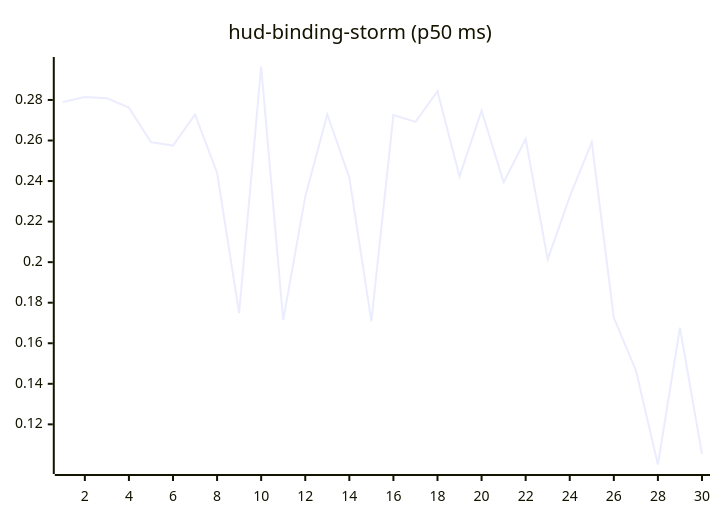
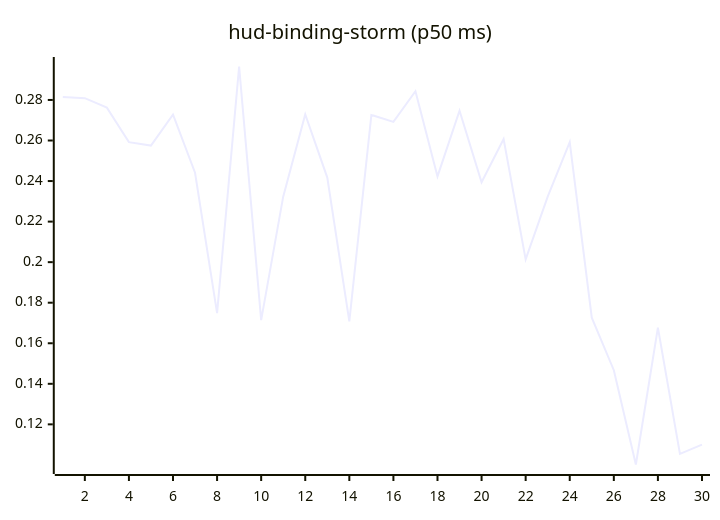
Before and after one commit to josha/Facet: the tenth of 27 diagrams in README.md, drawn with Mermaid. The commit also changed other lines of this file and 2 other files, not shown here.

````diff
--- a/README.md
+++ b/README.md
@@ -126,6 +126,6 @@
 ```mermaid
 xychart-beta
     title "hud-binding-storm (p50 ms)"
     x-axis 1 --> 30
-    line [0.2790, 0.2815, 0.2809, 0.2762, 0.2592, 0.2575, 0.2728, 0.2441, 0.1749, 0.2965, 0.1714, 0.2323, 0.2729, 0.2417, 0.1708, 0.2726, 0.2692, 0.2843, 0.2423, 0.2747, 0.2394, 0.2607, 0.2014, 0.2323, 0.2592, 0.1726, 0.1467, 0.1002, 0.1677, 0.1054]
+    line [0.2815, 0.2809, 0.2762, 0.2592, 0.2575, 0.2728, 0.2441, 0.1749, 0.2965, 0.1714, 0.2323, 0.2729, 0.2417, 0.1708, 0.2726, 0.2692, 0.2843, 0.2423, 0.2747, 0.2394, 0.2607, 0.2014, 0.2323, 0.2592, 0.1726, 0.1467, 0.1002, 0.1677, 0.1054, 0.1100]
 ```
````
